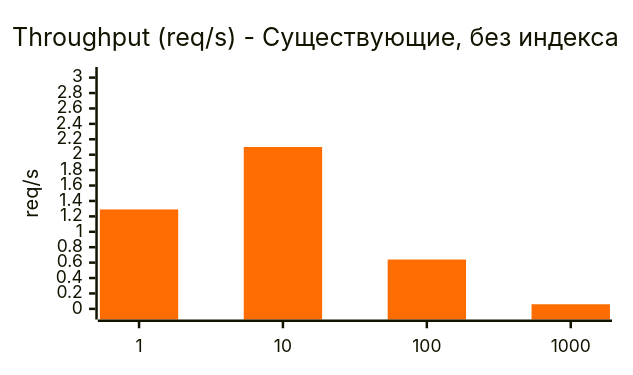
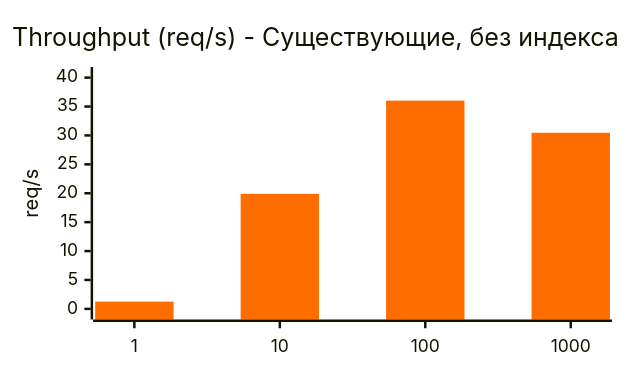
The third of 6 diagrams in docs/reports/hw2/report.md (dloshkarev/highloadarchitect), drawn with Mermaid before and after one commit. The commit also changed other lines of this file and 3 other files, not shown here.

````diff
--- a/docs/reports/hw2/report.md
+++ b/docs/reports/hw2/report.md
@@ -119,8 +219,8 @@
 ```mermaid
 %%{init: {"xyChart": {"width": 480, "height": 280}, "themeVariables": {"xyChart": {"plotColorPalette": "#ff6d00"}}}}%%
 xychart-beta
     title "Throughput (req/s) - Существующие, без индекса"
     x-axis ["1", "10", "100", "1000"]
-    y-axis "req/s" 0 --> 3
-    bar [1.29, 2.10, 0.64, 0.06]
+    y-axis "req/s" 0 --> 40
+    bar [1.26, 19.89, 36.02, 30.46]
 ```
````
